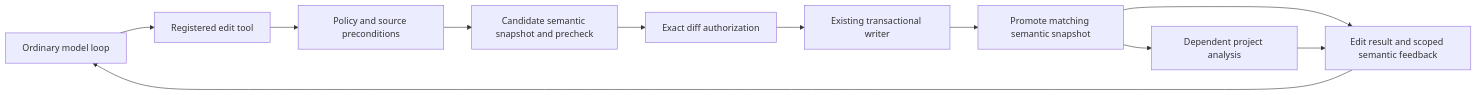
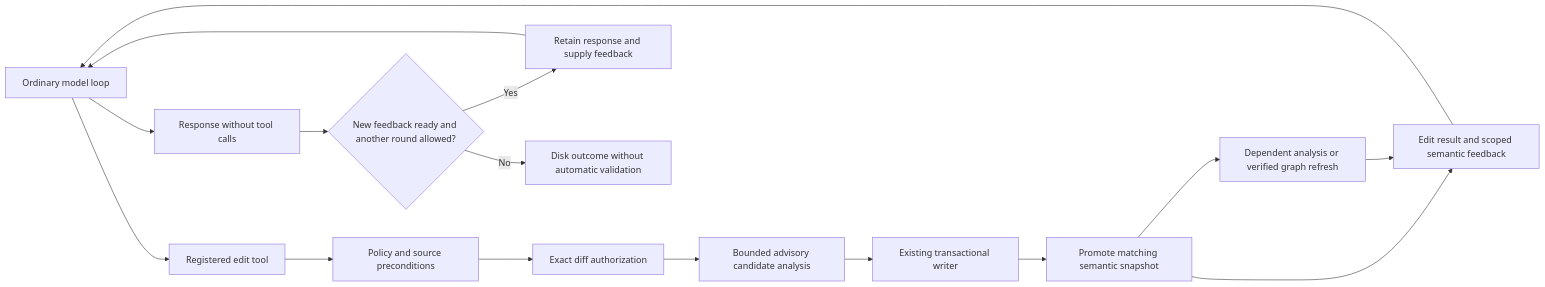
The diagram in docs/implementation-plans/maintenance-direct-editing-incremental-semantics.md (Threadsmith-NET/Threadsmith.NET), drawn with Mermaid before and after one commit. The commit also changed other lines of this file and 44 other files, not shown here.

First line of the commit message:
Refine direct-edit conversations and advisory semantic feedback

````diff
--- a/docs/implementation-plans/maintenance-direct-editing-incremental-semantics.md
+++ b/docs/implementation-plans/maintenance-direct-editing-incremental-semantics.md
@@ -80,13 +80,18 @@
 ```mermaid
 flowchart LR
     M[Ordinary model loop] --> T[Registered edit tool]
     T --> P[Policy and source preconditions]
-    P --> S[Candidate semantic snapshot and precheck]
-    S --> A[Exact diff authorization]
-    A --> W[Existing transactional writer]
+    P --> A[Exact diff authorization]
+    A --> S[Bounded advisory candidate analysis]
+    S --> W[Existing transactional writer]
     W --> R[Promote matching semantic snapshot]
     R --> F[Edit result and scoped semantic feedback]
     F --> M
-    R --> D[Dependent project analysis]
+    R --> D[Dependent analysis or verified graph refresh]
     D --> F
+    M --> Q[Response without tool calls]
+    Q --> B{New feedback ready and another round allowed?}
+    B -->|Yes| H[Retain response and supply feedback]
+    H --> M
+    B -->|No| O[Disk outcome without automatic validation]
 ```
````
